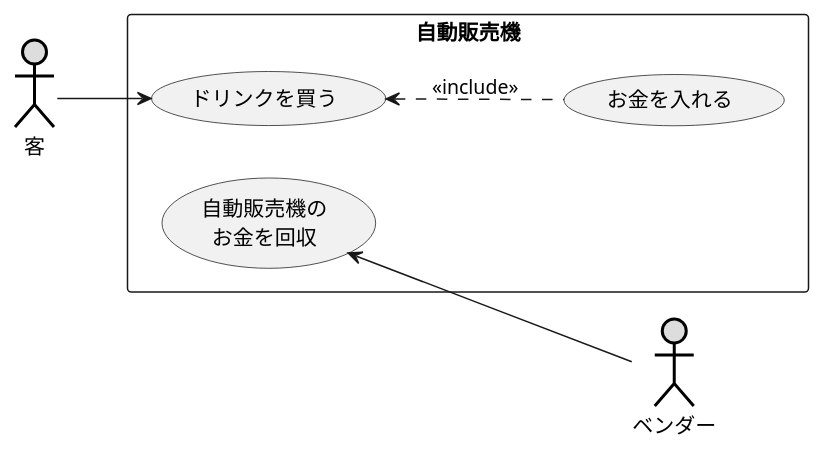
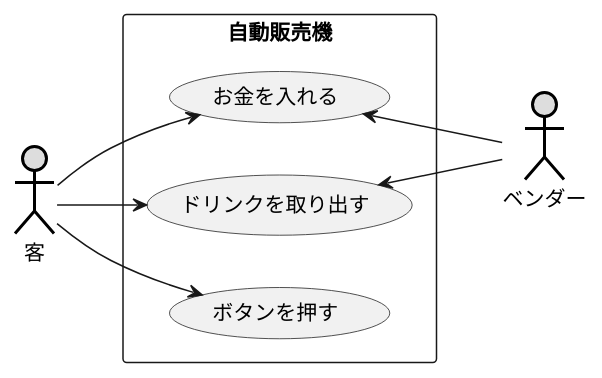
One commit to chibachibaibu2003/laughing-carnival changed the diagram in 6/演習6-4-2_ユースケース図_自動販売機.pu. Above: the diagram before and after it, drawn with PlantUML. The commit also changed 2 other files, not shown here.

```diff
--- a/6/演習6-4-2_ユースケース図_自動販売機.pu
+++ b/6/演習6-4-2_ユースケース図_自動販売機.pu
@@ -1,13 +1,15 @@
 @startuml 演習6-4-2
     left to right direction 
     actor 客 as person #DDDDDD;line:black;line.bold;
     actor ベンダー as bender #DDDDDD;line:black;line.bold;
     rectangle 自動販売機{
-        usecase (自動販売機の\nお金を回収) as text1
-        usecase (お金を入れる) as text2
-        usecase (ドリンクを買う) as text3
+        usecase (お金を入れる) as text1
+        usecase (ドリンクを取り出す) as text2
+        usecase (ボタンを押す) as text3
     }
+    person-->text1
     person-->text3
-    text3<.down.text2: <<include>>
+    person-->text2
     text1<--bender
+    text2<--bender
 @enduml
```
